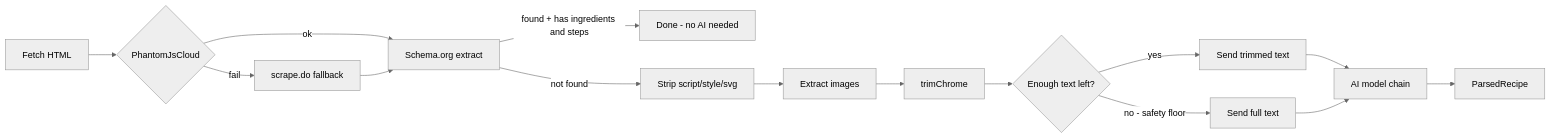
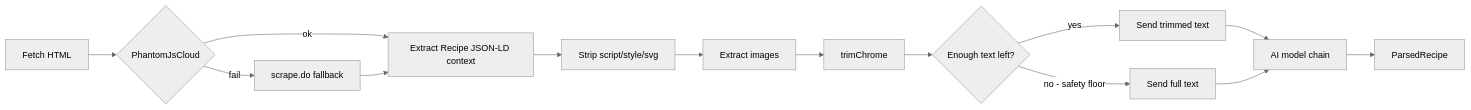
Before and after one commit to Sailarn/RecipAI: the second of 7 diagrams in docs/explanation/parse-pipeline.md, drawn with Mermaid (neutral theme). The commit also changed other lines of this file and 4 other files, not shown here.

````diff
--- a/docs/explanation/parse-pipeline.md
+++ b/docs/explanation/parse-pipeline.md
@@ -28,17 +28,16 @@
 ```mermaid
 graph LR
     A[Fetch HTML] --> B{PhantomJsCloud}
     B -->|fail| C[scrape.do fallback]
-    B -->|ok| D[Schema.org extract]
+    B -->|ok| D[Extract Recipe JSON-LD context]
     C --> D
-    D -->|found + has ingredients and steps| E[Done - no AI needed]
-    D -->|not found| F[Strip script/style/svg]
+    D --> F[Strip script/style/svg]
     F --> G[Extract images]
     G --> H[trimChrome]
     H --> I{Enough text left?}
     I -->|yes| J[Send trimmed text]
     I -->|no - safety floor| K[Send full text]
     J --> L[AI model chain]
     K --> L
     L --> M[ParsedRecipe]
 ```
````
